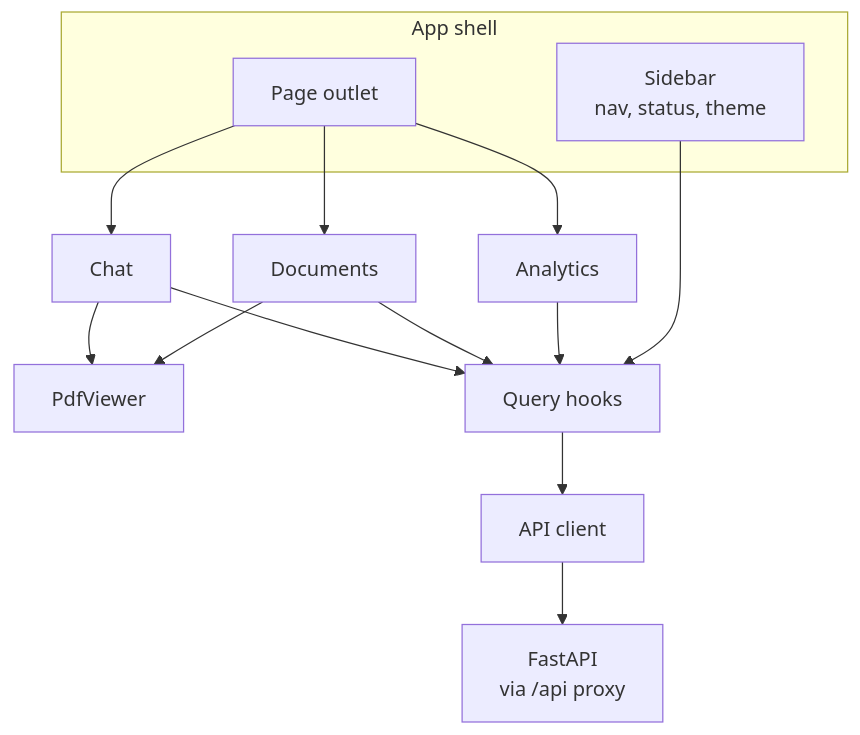
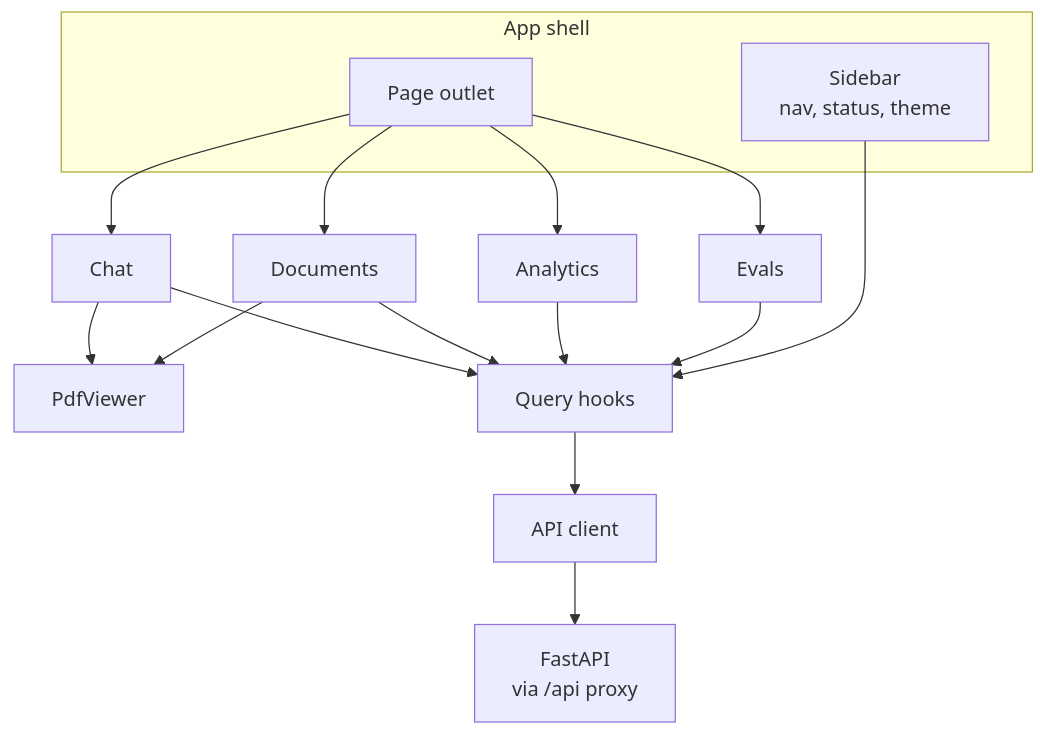
One commit to ajay-nikumbh/RAG-From-Basics-to-Production changed the first of 2 diagrams in 01. Naive RAG/04. UI/docs/09. UI Architecture Overview.md. Above: the diagram before and after it, drawn with Mermaid. The commit also changed other lines of this file and 14 other files, not shown here.

````diff
--- a/01. Naive RAG/04. UI/docs/09. UI Architecture Overview.md
+++ b/01. Naive RAG/04. UI/docs/09. UI Architecture Overview.md
@@ -41,18 +46,20 @@
 ```mermaid
 flowchart TB
     subgraph Shell[App shell]
         S[Sidebar<br/>nav, status, theme]
         O[Page outlet]
     end
     O --> C[Chat]
     O --> D[Documents]
     O --> A[Analytics]
+    O --> E[Evals]
     C --> P[PdfViewer]
     D --> P
     C --> Q[Query hooks]
     D --> Q
     A --> Q
+    E --> Q
     S --> Q
     Q --> K[API client]
     K --> F[FastAPI<br/>via /api proxy]
 ```
````
